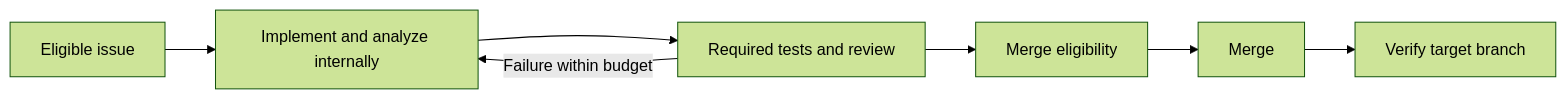
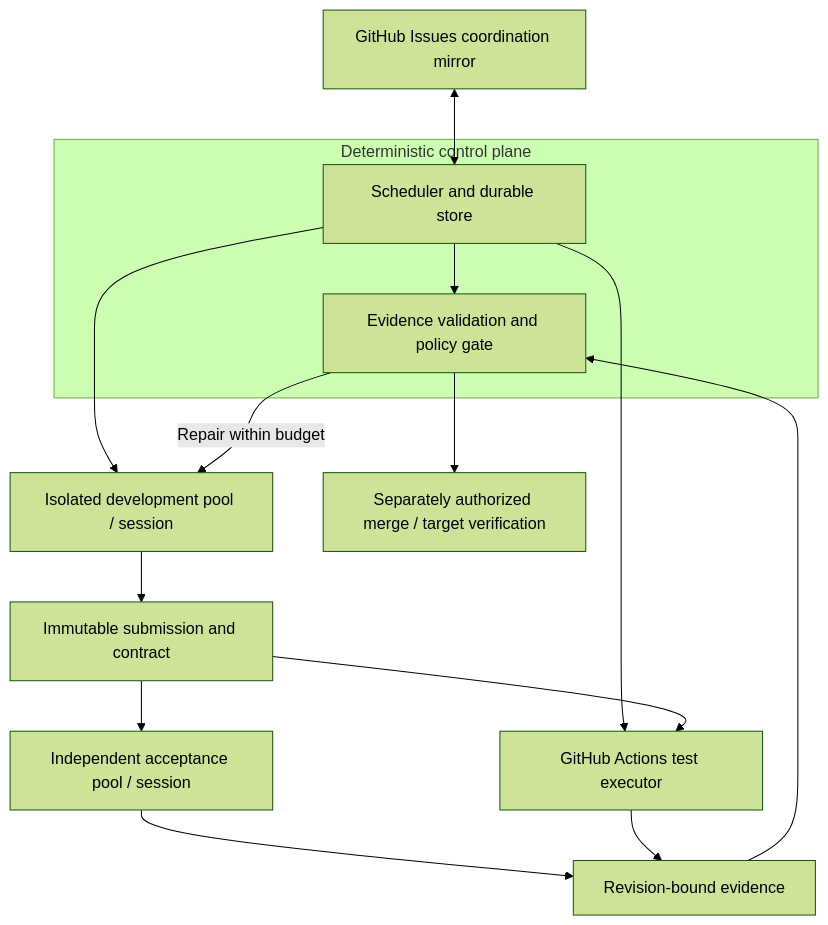
The diagram in docs/managed-development-design.md (zhoushoujianwork/clawflow), drawn with Mermaid (forest theme) before and after one commit. The commit also changed other lines of this file and 1 other file, not shown here.

Commit message:
docs: design independent acceptance and staged multi-project scale

````diff
--- a/docs/managed-development-design.md
+++ b/docs/managed-development-design.md
@@ -33,9 +41,17 @@
 ```mermaid
-flowchart LR
-    A[Eligible issue] --> B[Implement and analyze internally]
-    B --> C[Required tests and review]
-    C -- Failure within budget --> B
-    C --> D[Merge eligibility]
-    D --> E[Merge]
-    E --> F[Verify target branch]
+flowchart TB
+    I[GitHub Issues coordination mirror] <--> C
+    subgraph CP[Deterministic control plane]
+        C[Scheduler and durable store] --> G[Evidence validation and policy gate]
+    end
+    C --> D[Isolated development pool / session]
+    D --> S[Immutable submission and contract]
+    S --> A[Independent acceptance pool / session]
+    C --> X[GitHub Actions test executor]
+    S --> X
+    A --> E[Revision-bound evidence]
+    X --> E
+    E --> G
+    G -- Repair within budget --> D
+    G --> M[Separately authorized merge / target verification]
 ```
````
